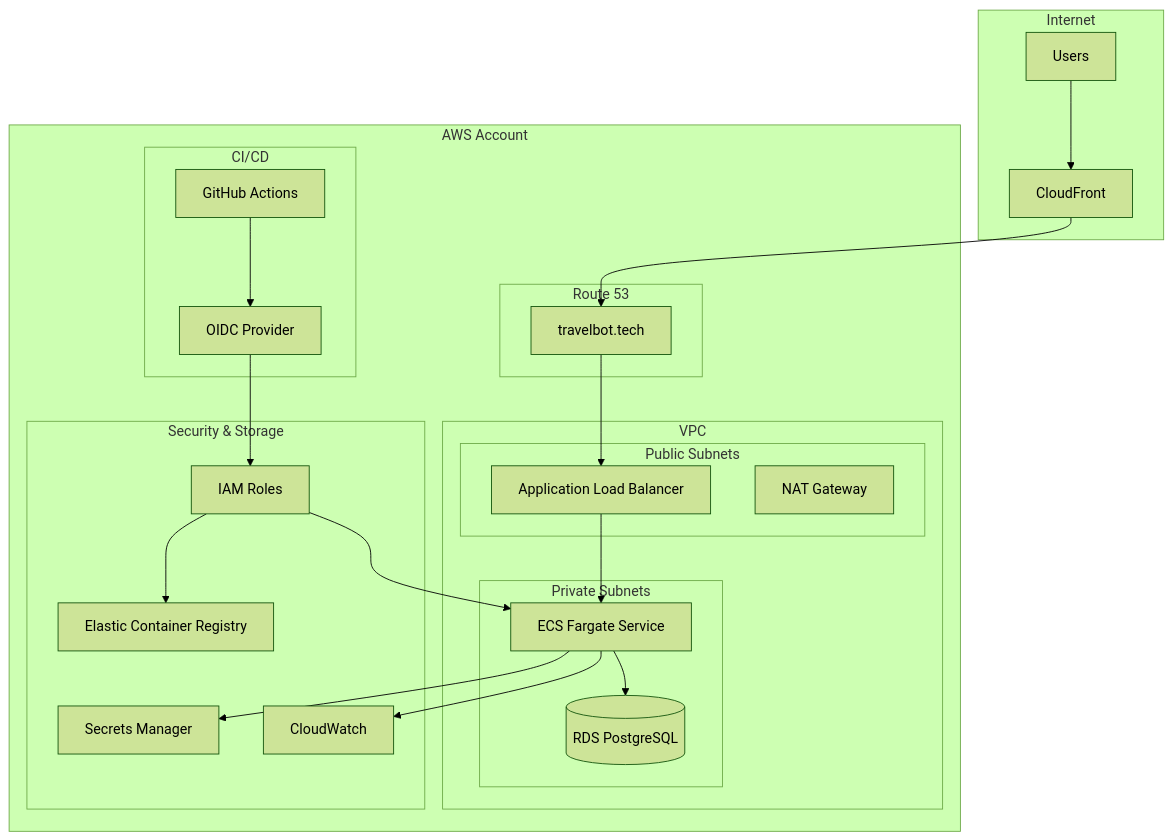
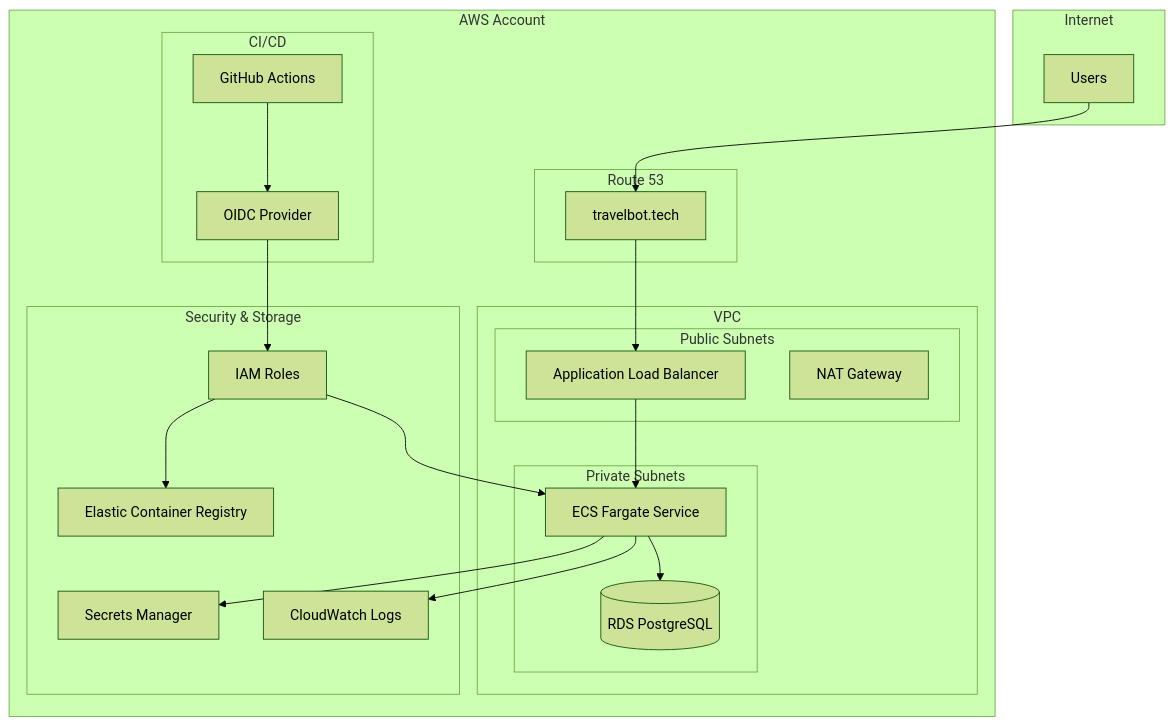
Before and after one commit to dubscode/travelbot: the diagram in docs/infrastructure/README.md, drawn with Mermaid (forest theme). The commit also changed other lines of this file and 9 other files, not shown here.

````diff
--- a/docs/infrastructure/README.md
+++ b/docs/infrastructure/README.md
@@ -9,48 +9,48 @@
 ```mermaid
 graph TB
     subgraph "Internet"
-        U[Users] --> CF[CloudFront]
+        U[Users]
     end
     
     subgraph "AWS Account"
         subgraph "Route 53"
             DNS[travelbot.tech]
         end
         
         subgraph "VPC"
             subgraph "Public Subnets"
                 ALB[Application Load Balancer]
                 NAT[NAT Gateway]
             end
             
             subgraph "Private Subnets"
                 ECS[ECS Fargate Service]
                 RDS[(RDS PostgreSQL)]
             end
         end
         
         subgraph "Security & Storage"
             ECR[Elastic Container Registry]
             SM[Secrets Manager]
-            CW[CloudWatch]
+            CWL[CloudWatch Logs]
             IAM[IAM Roles]
         end
         
         subgraph "CI/CD"
             GHA[GitHub Actions]
             OIDC[OIDC Provider]
         end
     end
     
-    CF --> DNS
+    U --> DNS
     DNS --> ALB
     ALB --> ECS
     ECS --> RDS
     ECS --> SM
-    ECS --> CW
+    ECS --> CWL
     
     GHA --> OIDC
     OIDC --> IAM
     IAM --> ECR
     IAM --> ECS
 ```
````
